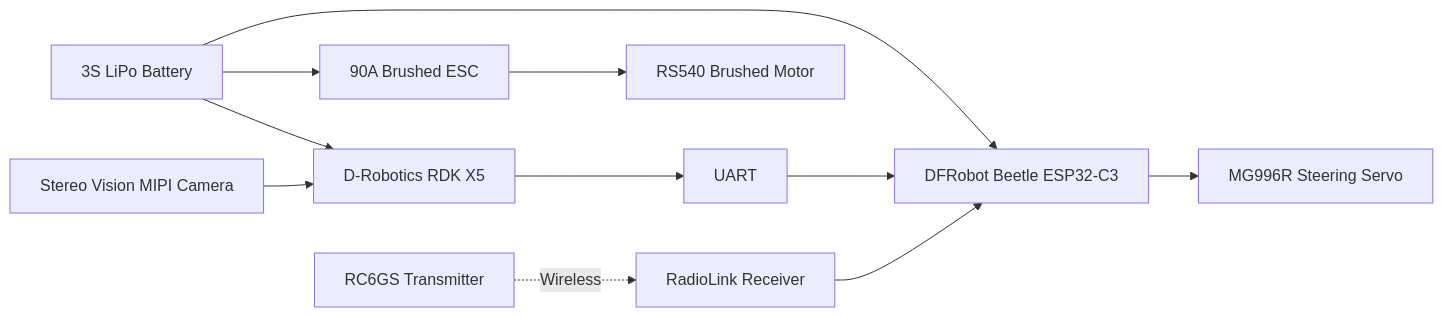
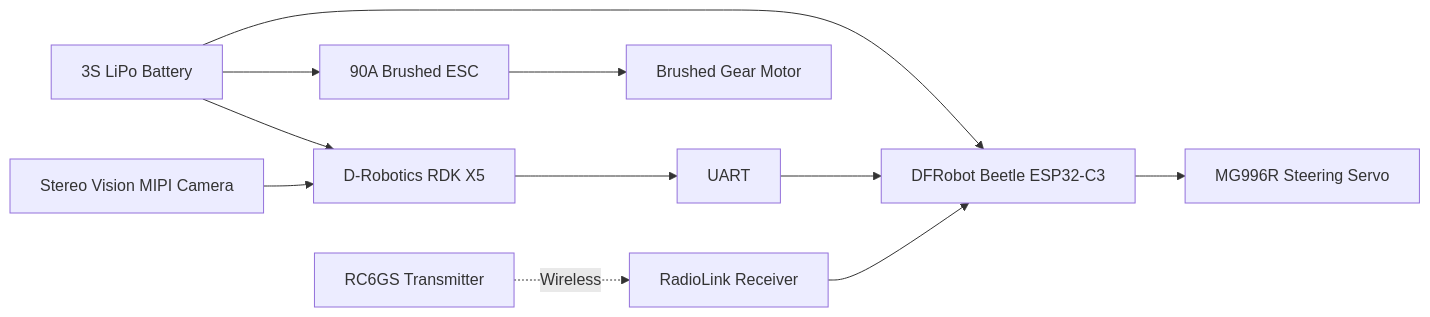
Before and after one commit to proknowdiy/RDK-X5-Autonomous-Vehicle: the second of 5 diagrams in docs/PROPOSAL.md, drawn with Mermaid. The commit also changed other lines of this file, not shown here.

````diff
--- a/docs/PROPOSAL.md
+++ b/docs/PROPOSAL.md
@@ -119,28 +116,28 @@
 ```mermaid
 flowchart LR
 
 Battery["3S LiPo Battery"]
 
 Battery --> ESC["90A Brushed ESC"]
 Battery --> RDK["D-Robotics RDK X5"]
 Battery --> ESP32["DFRobot Beetle ESP32-C3"]
 
 Camera["Stereo Vision MIPI Camera"]
 Camera --> RDK
 
 RDK --> UART["UART"]
 
 UART --> ESP32
 
 ESP32 --> Servo["MG996R Steering Servo"]
 
-ESC --> Motor["RS540 Brushed Motor"]
+ESC --> Motor["Brushed Gear Motor"]
 
 Receiver["RadioLink Receiver"]
 
 Receiver --> ESP32
 
 Transmitter["RC6GS Transmitter"]
 
 Transmitter -. Wireless .-> Receiver
 ```
````
